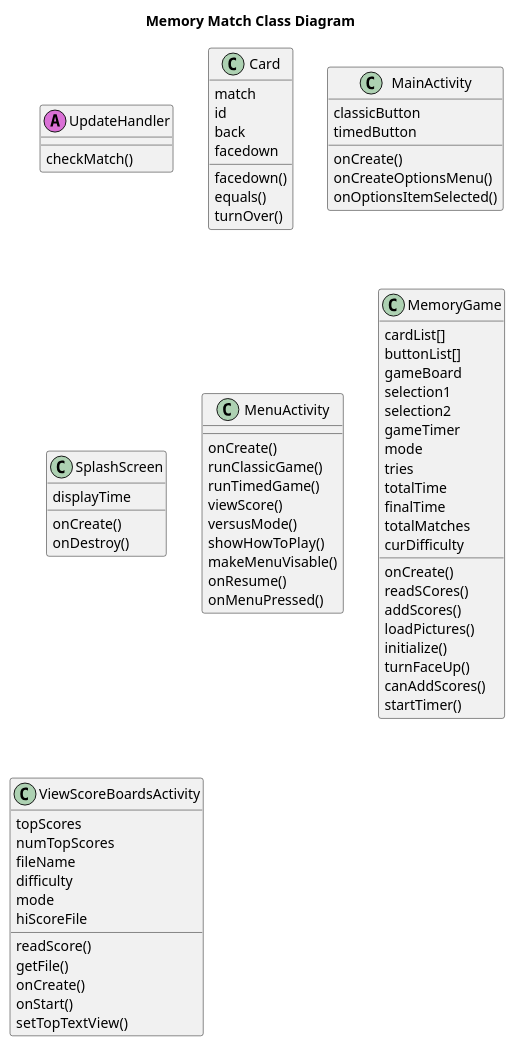
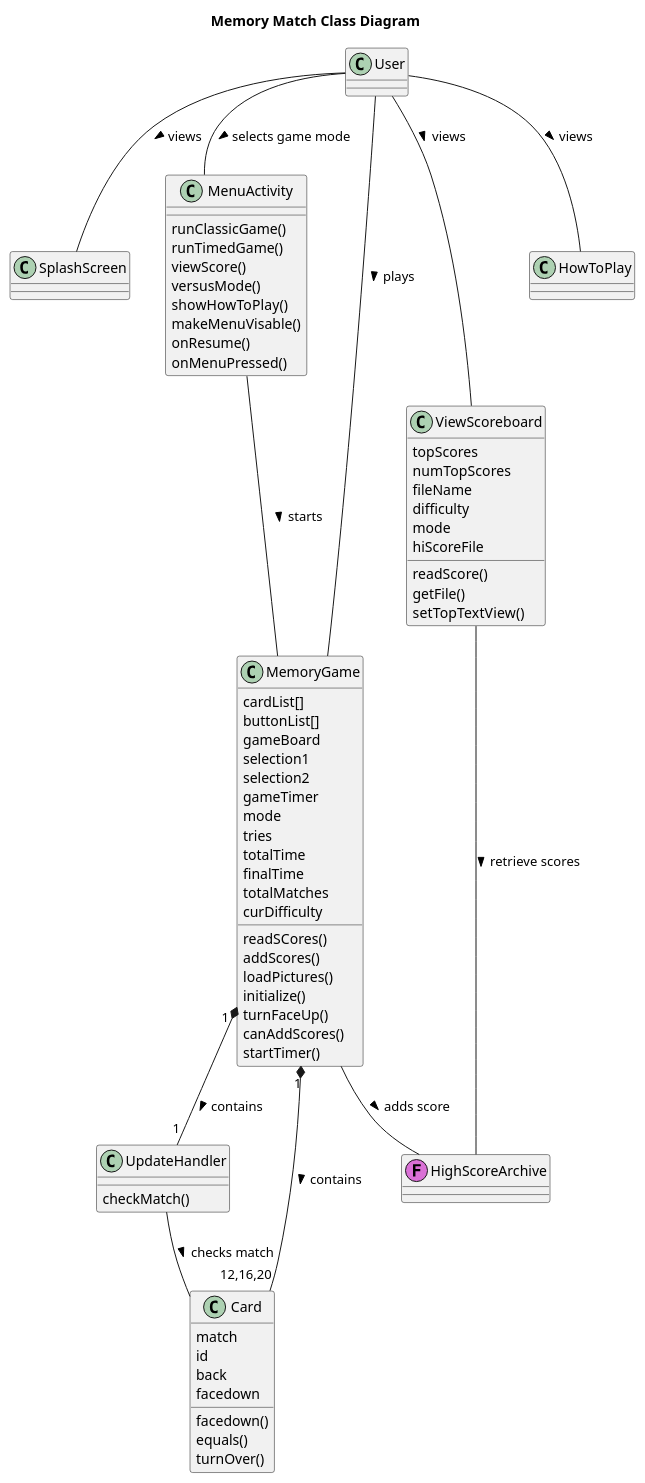
Before and after one commit to zok0001/MemoryMatch-master: the diagram in app/UML/CD.puml, drawn with PlantUML. The commit also changed 1 other file, not shown here.

Commit message:
Edited Class Diagram and created a design sequence diagram for classic and timed modes.

```diff
--- a/app/UML/CD.puml
+++ b/app/UML/CD.puml
@@ -1,76 +1,79 @@
 @startuml
 title Memory Match Class Diagram
-class UpdateHandler <<(A,orchid) >>{
+class UpdateHandler {
 checkMatch()
 }
-
+class User {
+}
 class Card {
 match
 id
 back
 facedown
 facedown()
 equals()
 turnOver()
 }
-class MainActivity{
-classicButton
-timedButton
-onCreate()
-onCreateOptionsMenu()
-onOptionsItemSelected()
-}
+
 class SplashScreen{
-displayTime
-onCreate()
-onDestroy()
 }
 class MenuActivity{
-onCreate()
 runClassicGame()
 runTimedGame()
 viewScore()
 versusMode()
 showHowToPlay()
 makeMenuVisable()
 onResume()
 onMenuPressed()
 }
 class MemoryGame{
 cardList[]
 buttonList[]
 gameBoard
 selection1
 selection2
 gameTimer
 mode
 tries
 totalTime
 finalTime
 totalMatches
 curDifficulty
-onCreate()
 readSCores()
 addScores()
 loadPictures()
 initialize()
 turnFaceUp()
 canAddScores()
 startTimer()
 }
-class ViewScoreBoardsActivity{
+class ViewScoreboard{
 topScores
 numTopScores
 fileName
 difficulty
 mode
 hiScoreFile
 readScore()
 getFile()
-onCreate()
-onStart()
 setTopTextView()
 }
+class HighScoreArchive <<F,orchid) >> {
+}
+class HowToPlay {
+}
 
+MemoryGame "1" *-- "12,16,20" Card : contains >
+MemoryGame "1" *-- "1" UpdateHandler: contains >
+User -- MemoryGame: plays >
+User -- SplashScreen: views >
+User -- MenuActivity: selects game mode >
+UpdateHandler -- Card : checks match >
+MenuActivity -- MemoryGame : starts >
+User -- ViewScoreboard : views >
+MemoryGame -- HighScoreArchive : adds score >
+ViewScoreboard -- HighScoreArchive : retrieve scores >
+User -- HowToPlay : views >
 
 @enduml
```
